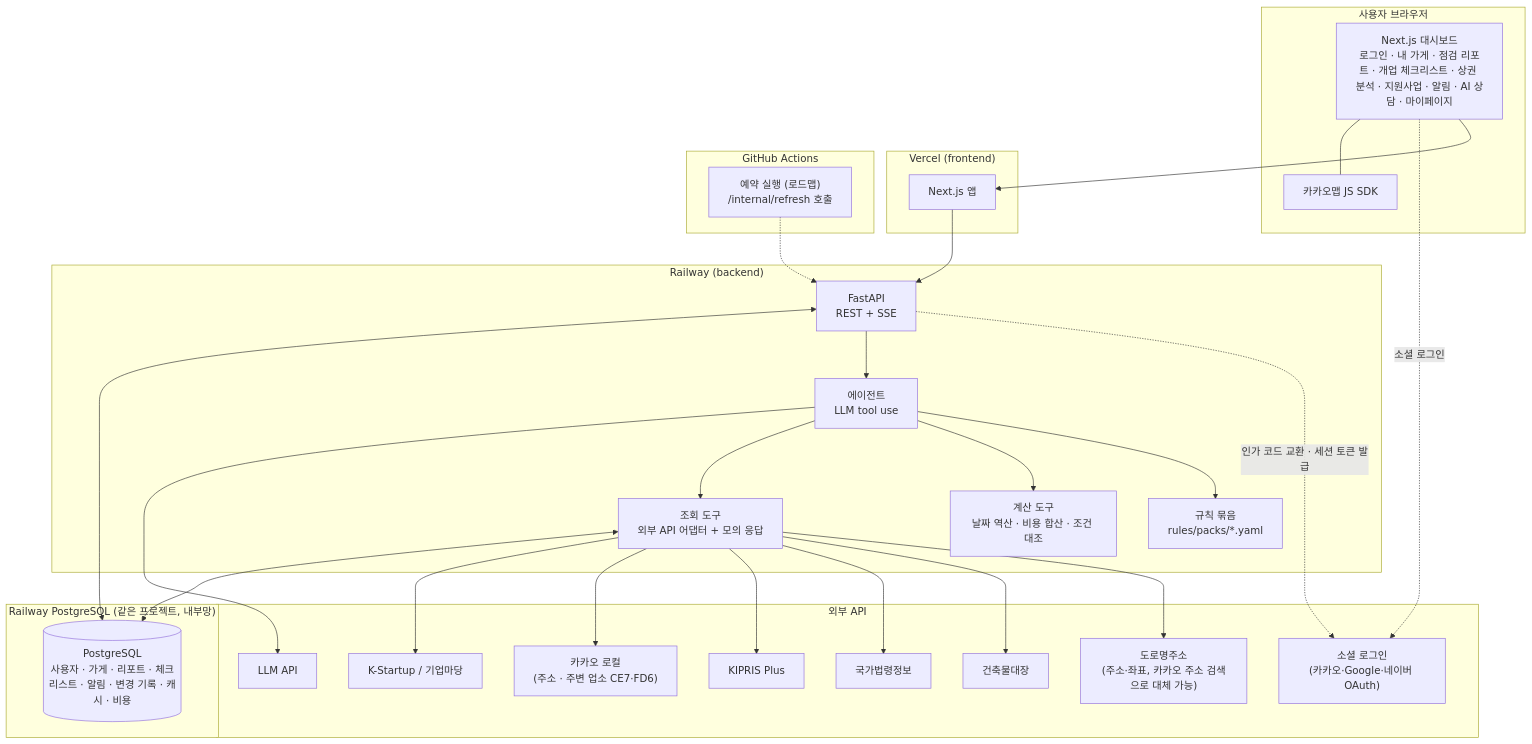
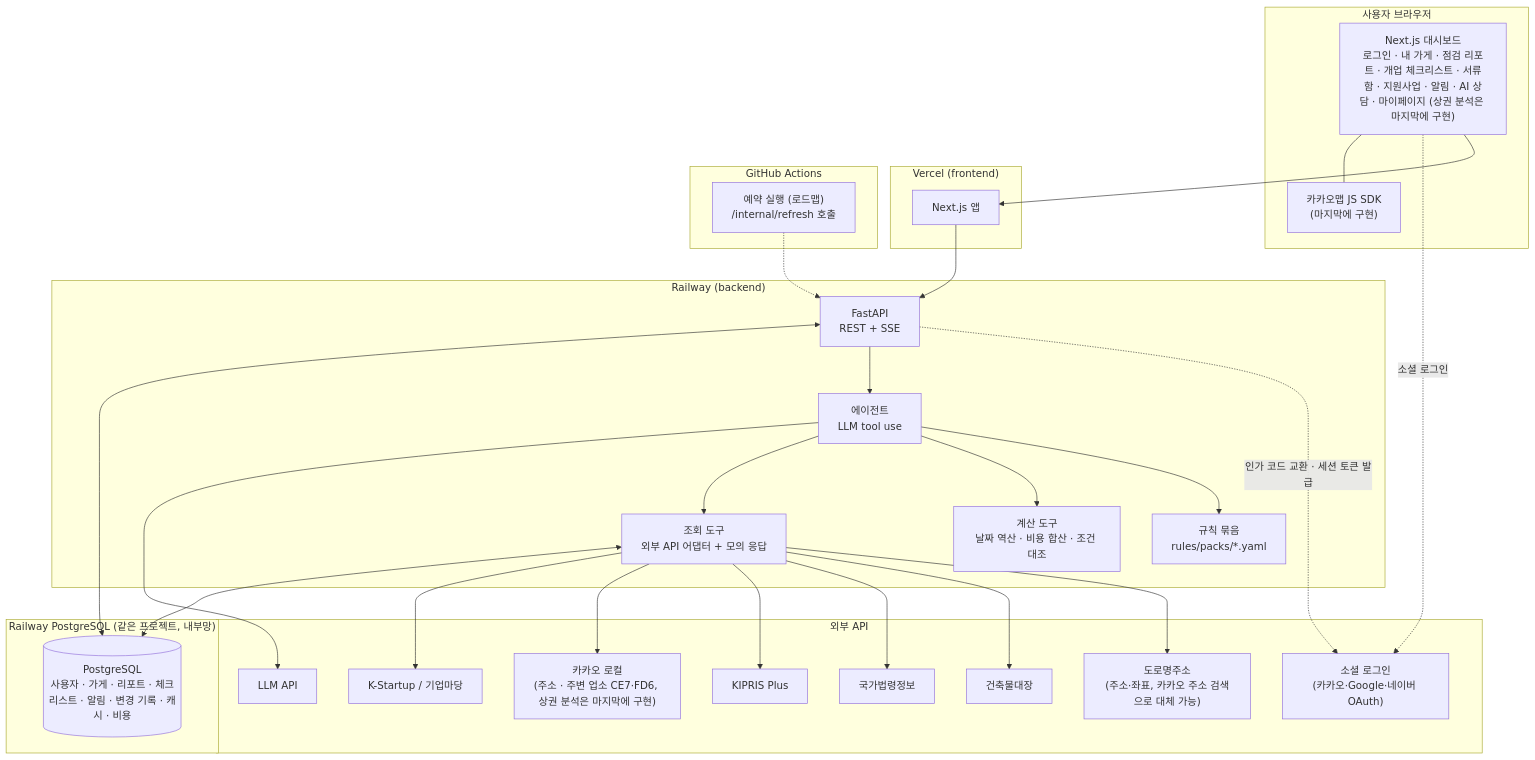
Before and after one commit to kimtaeg/Foundy: the first of 4 diagrams in docs/아키텍처_인프라.md, drawn with Mermaid. The commit also changed other lines of this file and 7 other files, not shown here.

````diff
--- a/docs/아키텍처_인프라.md
+++ b/docs/아키텍처_인프라.md
@@ -58,52 +60,52 @@
 ```mermaid
 flowchart TB
     subgraph Client["사용자 브라우저"]
-        UI["Next.js 대시보드<br/>로그인 · 내 가게 · 점검 리포트 · 개업 체크리스트 · 상권 분석 · 지원사업 · 알림 · AI 상담 · 마이페이지"]
-        MAP["카카오맵 JS SDK"]
+        UI["Next.js 대시보드<br/>로그인 · 내 가게 · 점검 리포트 · 개업 체크리스트 · 서류함 · 지원사업 · 알림 · AI 상담 · 마이페이지 (상권 분석은 마지막에 구현)"]
+        MAP["카카오맵 JS SDK<br/>(마지막에 구현)"]
     end
 
     subgraph Vercel["Vercel (frontend)"]
         FE["Next.js 앱"]
     end
 
     subgraph Railway["Railway (backend)"]
         API["FastAPI<br/>REST + SSE"]
         AG["에이전트<br/>LLM tool use"]
         RP["규칙 묶음<br/>rules/packs/*.yaml"]
         CT["계산 도구<br/>날짜 역산 · 비용 합산 · 조건 대조"]
         TL["조회 도구<br/>외부 API 어댑터 + 모의 응답"]
     end
 
     subgraph RailwayDB["Railway PostgreSQL (같은 프로젝트, 내부망)"]
         DB[("PostgreSQL<br/>사용자 · 가게 · 리포트 · 체크리스트 · 알림 · 변경 기록 · 캐시 · 비용")]
     end
 
     subgraph GH["GitHub Actions"]
         CRON["예약 실행 (로드맵)<br/>/internal/refresh 호출"]
     end
 
     subgraph Ext["외부 API"]
         J["도로명주소<br/>(주소·좌표, 카카오 주소 검색으로 대체 가능)"]
         B["건축물대장"]
         L["국가법령정보"]
         K["KIPRIS Plus"]
-        KK["카카오 로컬<br/>(주소 · 주변 업소 CE7·FD6)"]
+        KK["카카오 로컬<br/>(주소 · 주변 업소 CE7·FD6, 상권 분석은 마지막에 구현)"]
         OA["소셜 로그인<br/>(카카오·Google·네이버 OAuth)"]
         P["K-Startup / 기업마당"]
         LLM["LLM API"]
     end
 
     UI --> FE --> API
     UI -.->|"소셜 로그인"| OA
     API -.->|"인가 코드 교환 · 세션 토큰 발급"| OA
     UI --- MAP
     API --> AG
     AG --> RP
     AG --> CT
     AG --> TL
     AG --> LLM
     TL --> J & B & L & K & KK & P
     API <--> DB
     TL <--> DB
     CRON -.-> API
 ```
````
